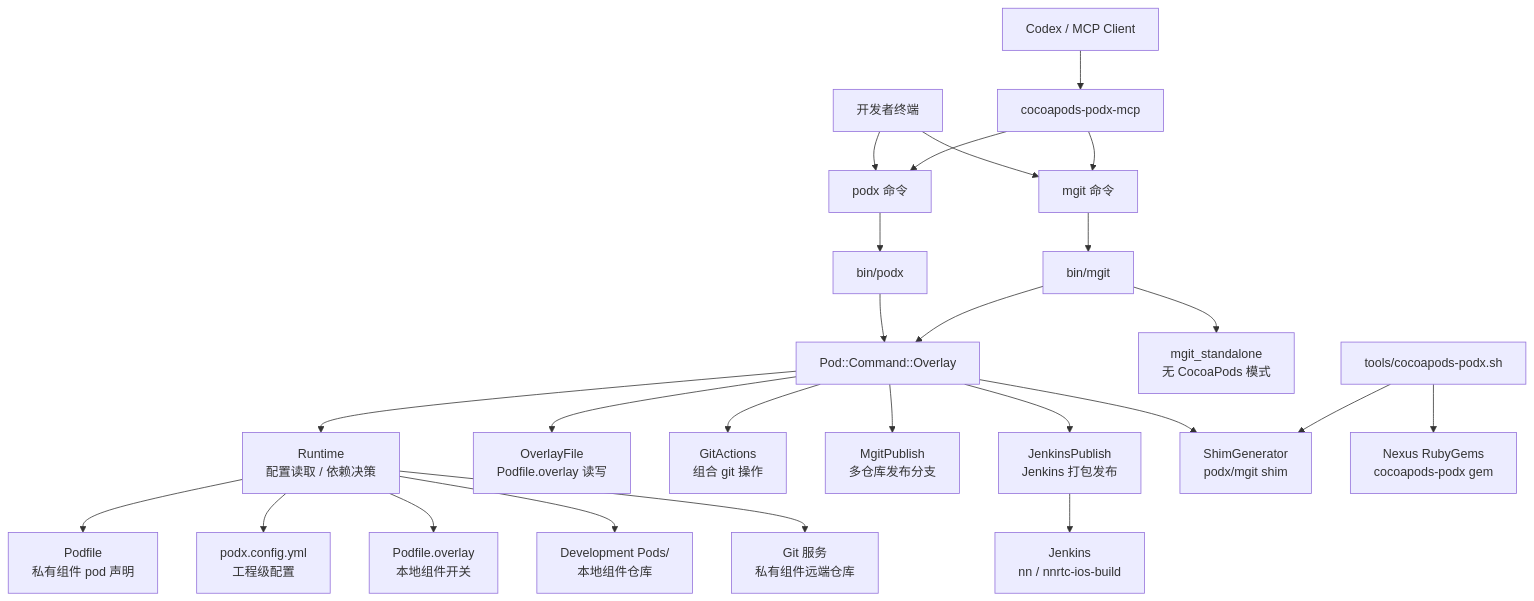
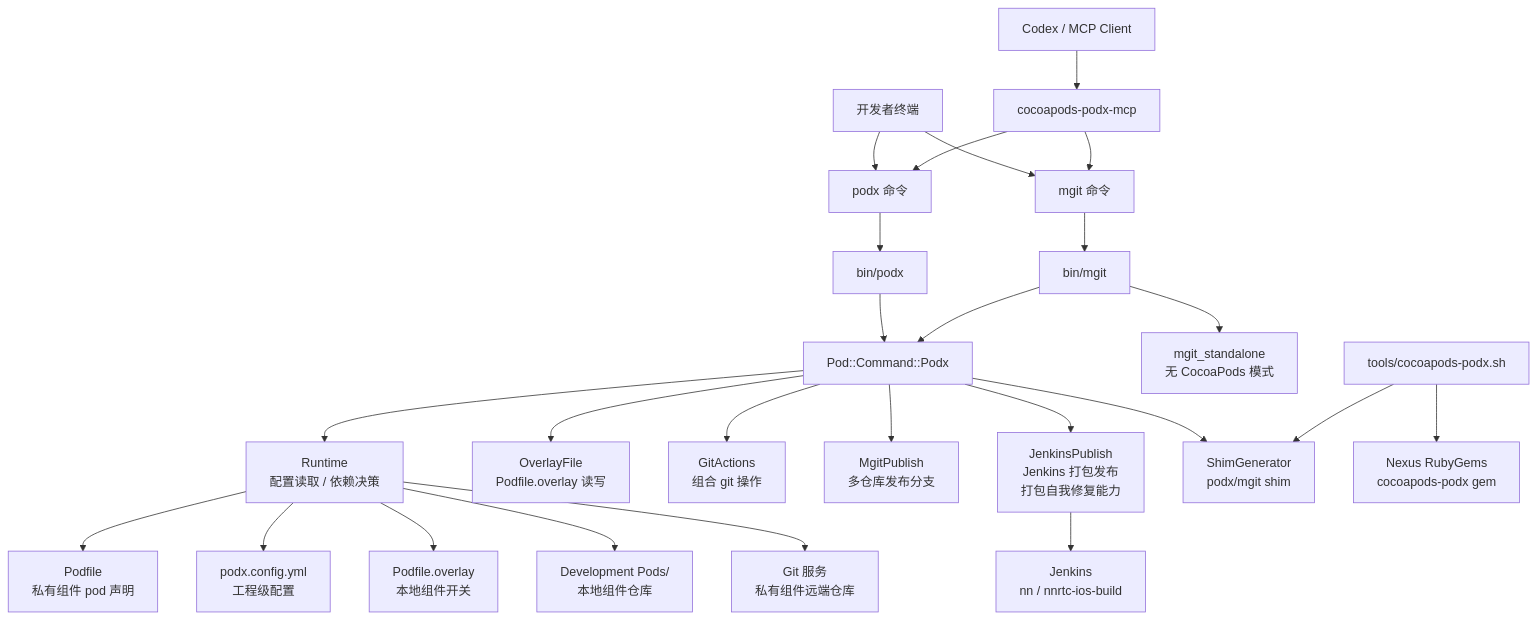
The first of 4 diagrams in cocoapods-podx/CAPABILITY_MAP.md (rentaogithub/mpod), drawn with Mermaid before and after one commit. The commit also changed other lines of this file and 10 other files, not shown here.

````diff
--- a/cocoapods-podx/CAPABILITY_MAP.md
+++ b/cocoapods-podx/CAPABILITY_MAP.md
@@ -17,31 +17,31 @@
 ```mermaid
 flowchart TB
   User["开发者终端"] --> Podx["podx 命令"]
   User --> Mgit["mgit 命令"]
   Codex["Codex / MCP Client"] --> MCP["cocoapods-podx-mcp"]
   MCP --> Podx
   MCP --> Mgit
 
   Podx --> BinPodx["bin/podx"]
   Mgit --> BinMgit["bin/mgit"]
-  BinPodx --> PodCommand["Pod::Command::Overlay"]
+  BinPodx --> PodCommand["Pod::Command::Podx"]
   BinMgit --> PodCommand
   BinMgit --> MgitStandalone["mgit_standalone<br/>无 CocoaPods 模式"]
 
   PodCommand --> Runtime["Runtime<br/>配置读取 / 依赖决策"]
   PodCommand --> OverlayFile["OverlayFile<br/>Podfile.overlay 读写"]
   PodCommand --> GitActions["GitActions<br/>组合 git 操作"]
   PodCommand --> MgitPublish["MgitPublish<br/>多仓库发布分支"]
-  PodCommand --> JenkinsPublish["JenkinsPublish<br/>Jenkins 打包发布"]
+  PodCommand --> JenkinsPublish["JenkinsPublish<br/>Jenkins 打包发布<br/>打包自我修复能力"]
   PodCommand --> ShimGenerator["ShimGenerator<br/>podx/mgit shim"]
 
   Runtime --> Podfile["Podfile<br/>私有组件 pod 声明"]
   Runtime --> Config["podx.config.yml<br/>工程级配置"]
   Runtime --> Overlay["Podfile.overlay<br/>本地组件开关"]
   Runtime --> DevPods["Development Pods/<br/>本地组件仓库"]
 
   Runtime --> GitServer["Git 服务<br/>私有组件远端仓库"]
   JenkinsPublish --> Jenkins["Jenkins<br/>nn / nnrtc-ios-build"]
   Tools["tools/cocoapods-podx.sh"] --> Nexus["Nexus RubyGems<br/>cocoapods-podx gem"]
   Tools --> ShimGenerator
 ```
````
